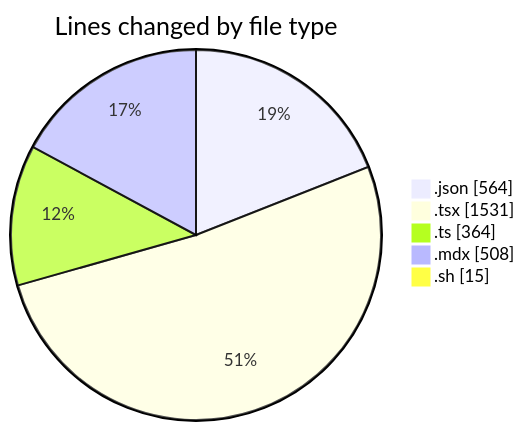
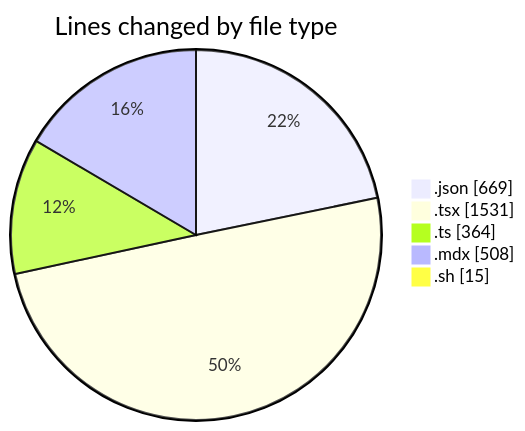
The first of 2 diagrams in 2025-05-01/niten/README.md (Elitesun/code-tracking), drawn with Mermaid before and after one commit. The commit also changed other lines of this file and 1 other file, not shown here.

````diff
--- a/2025-05-01/niten/README.md
+++ b/2025-05-01/niten/README.md
@@ -52,9 +53,9 @@
 ```mermaid
 pie showData
 title Lines changed by file type
-".json" : 564
+".json" : 669
 ".tsx" : 1531
 ".ts" : 364
 ".mdx" : 508
 ".sh" : 15
 ```
````
